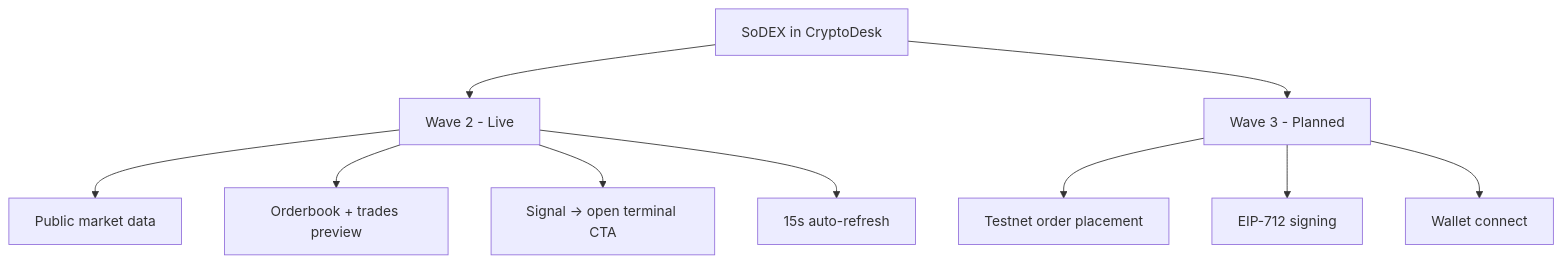
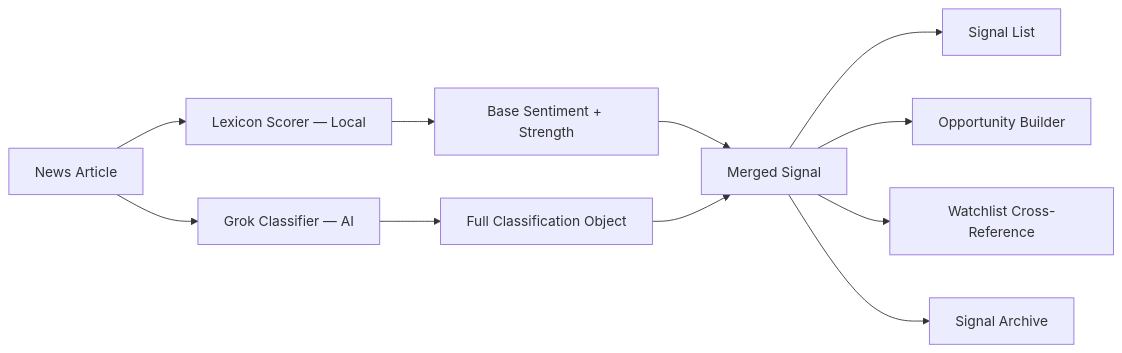
Diagram 11 of 18 in cryptodesk/README.md (Nanle-code/CryptoDesk), drawn with Mermaid before and after one commit. The commit also changed other lines of this file and 28 other files, not shown here.

````diff
--- a/cryptodesk/README.md
+++ b/cryptodesk/README.md
@@ -631,14 +628,16 @@
 ```mermaid
-flowchart TD
-    A[SoDEX in CryptoDesk] --> B[Wave 2 - Live]
-    A --> C[Wave 3 - Planned]
+flowchart LR
+    A[News Article] --> B[Lexicon Scorer — Local]
+    A --> C[Grok Classifier — AI]
 
-    B --> D[Public market data]
-    B --> E[Orderbook + trades preview]
-    B --> F[Signal → open terminal CTA]
-    B --> G[15s auto-refresh]
+    B --> D[Base Sentiment + Strength]
+    C --> E[Full Classification Object]
 
-    C --> H[Testnet order placement]
-    C --> I[EIP-712 signing]
-    C --> J[Wallet connect]
+    D --> F[Merged Signal]
+    E --> F
+
+    F --> G[Signal List]
+    F --> H[Opportunity Builder]
+    F --> I[Watchlist Cross-Reference]
+    F --> J[Signal Archive]
 ```
````
